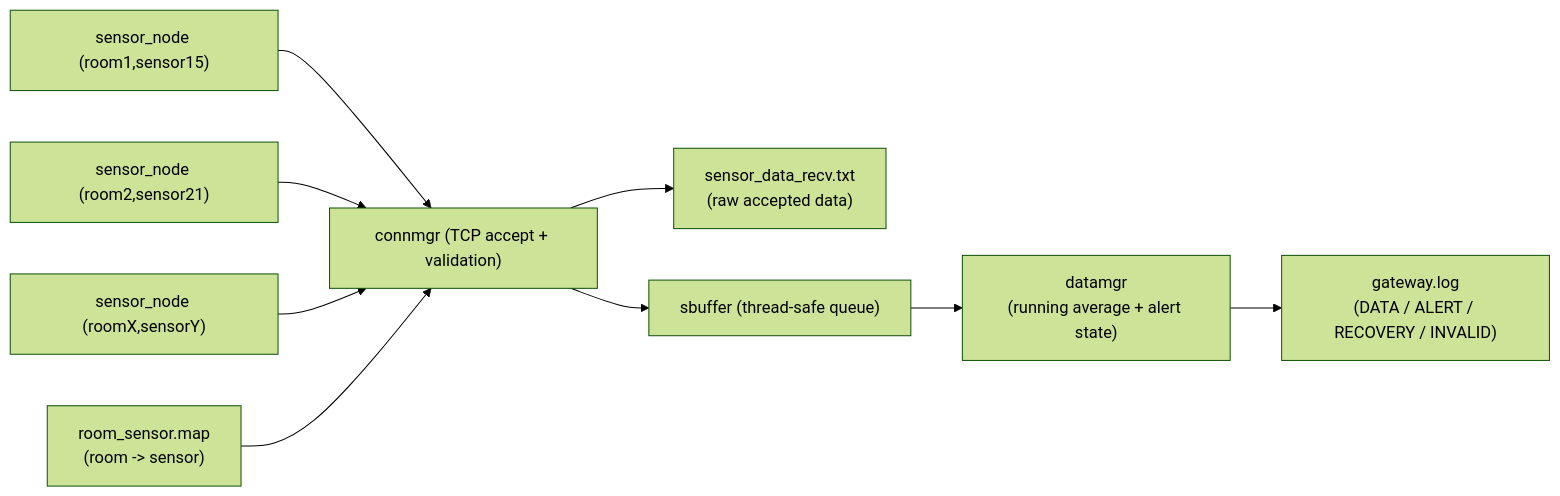
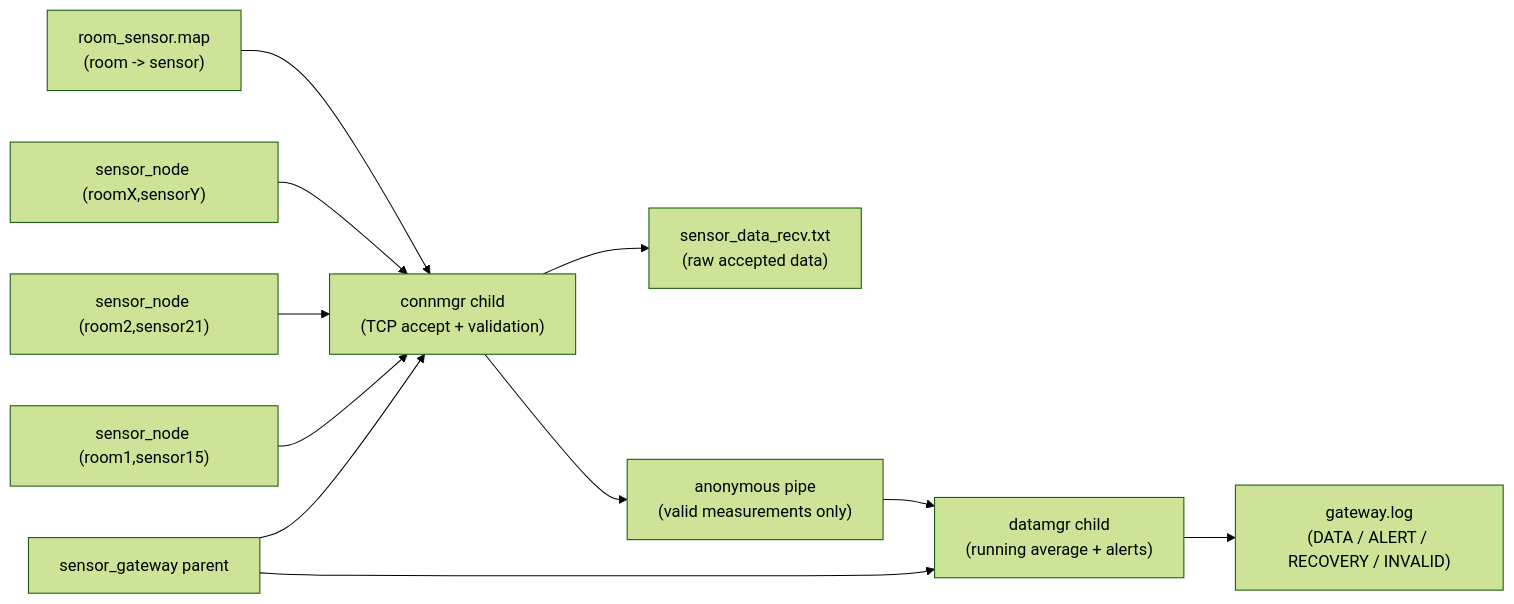
One commit to YongkaiZHANG/software changed the diagram in README.md. Above: the diagram before and after it, drawn with Mermaid (forest theme). The commit also changed other lines of this file and 6 other files, not shown here.

Commit message:
Switch sensor gateway to pure process-based IPC

````diff
--- a/README.md
+++ b/README.md
@@ -21,12 +21,14 @@
 ```mermaid
 flowchart LR
-    S1["sensor_node (room1,sensor15)"] --> CM["connmgr (TCP accept + validation)"]
+    MAIN["sensor_gateway parent"] --> CM["connmgr child\n(TCP accept + validation)"]
+    MAIN --> DM["datamgr child\n(running average + alerts)"]
+    S1["sensor_node (room1,sensor15)"] --> CM
     S2["sensor_node (room2,sensor21)"] --> CM
     S3["sensor_node (roomX,sensorY)"] --> CM
 
     MAP["room_sensor.map\n(room -> sensor)"] --> CM
     CM --> RAW["sensor_data_recv.txt\n(raw accepted data)"]
-    CM --> SB["sbuffer (thread-safe queue)"]
-    SB --> DM["datamgr\n(running average + alert state)"]
+    CM --> PIPE["anonymous pipe\n(valid measurements only)"]
+    PIPE --> DM
     DM --> LOG["gateway.log\n(DATA / ALERT / RECOVERY / INVALID)"]
 ```
````
